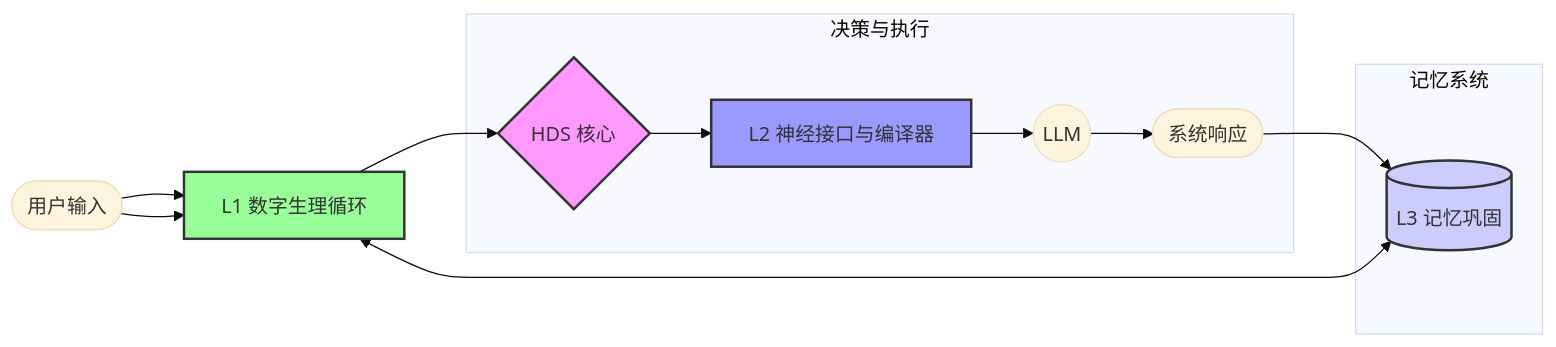
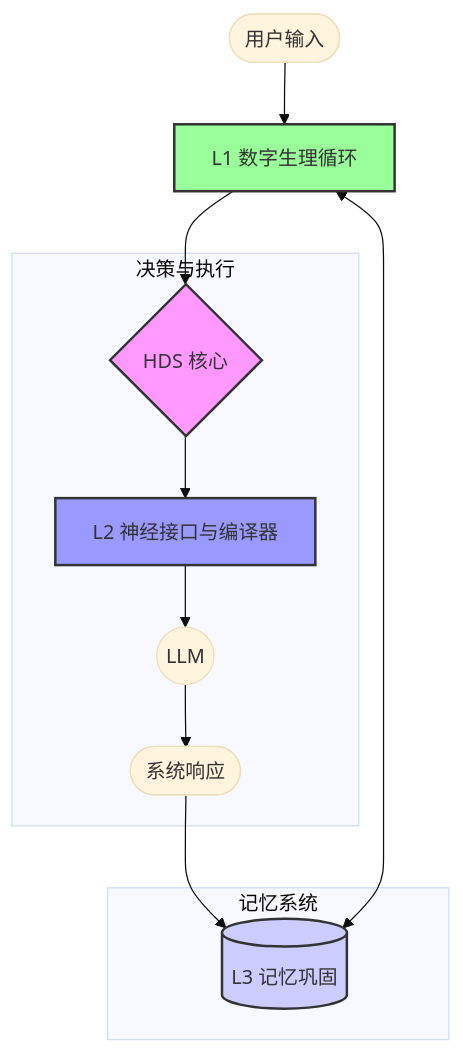
One commit to ApolloEddy/Homeostatic_Dynamics_System changed the diagram in docs/02-system-architecture.md. Above: the diagram before and after it, drawn with Mermaid (base theme). The commit also changed other lines of this file and 11 other files, not shown here.

````diff
--- a/docs/02-system-architecture.md
+++ b/docs/02-system-architecture.md
@@ -124,24 +124,23 @@
 ```mermaid
-graph LR
+graph TD
     User([用户输入]) --> L1[L1 数字生理循环]
     L1 --> HDS{HDS 核心}
     
     subgraph "决策与执行"
         HDS --> L2[L2 神经接口与编译器]
         L2 --> LLM((LLM))
         LLM --> Response([系统响应])
     end
     
     subgraph "记忆系统"
         Mem[(L3 记忆巩固)]
     end
     
     Response --> Mem
     L1 <--> Mem
-    User --> L1
     
     style HDS fill:#f9f,stroke:#333,stroke-width:2px
     style Mem fill:#ccf,stroke:#333,stroke-width:2px
     style L1 fill:#9f9,stroke:#333,stroke-width:2px
     style L2 fill:#99f,stroke:#333,stroke-width:2px
 ```
````
